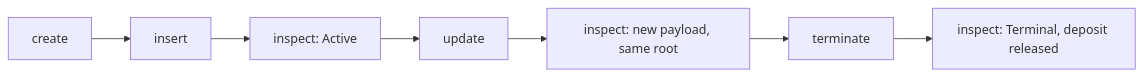
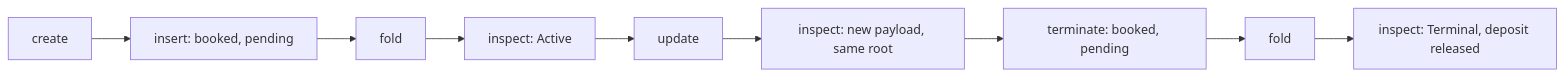
Before and after one commit to lambdasistemi/singular: the diagram in onchain-release/DEMO1.md, drawn with Mermaid. The commit also changed other lines of this file and 22 other files, not shown here.

````diff
--- a/onchain-release/DEMO1.md
+++ b/onchain-release/DEMO1.md
@@ -21,9 +26,11 @@
 ```mermaid
 flowchart LR
-  Create[create] --> Insert[insert]
-  Insert --> Inspect1[inspect: Active]
+  Create[create] --> Insert[insert: booked, pending]
+  Insert --> Fold1[fold]
+  Fold1 --> Inspect1[inspect: Active]
   Inspect1 --> Update[update]
   Update --> Inspect2[inspect: new payload, same root]
-  Inspect2 --> Terminate[terminate]
-  Terminate --> Inspect3[inspect: Terminal, deposit released]
+  Inspect2 --> Terminate[terminate: booked, pending]
+  Terminate --> Fold2[fold]
+  Fold2 --> Inspect3[inspect: Terminal, deposit released]
 ```
````
